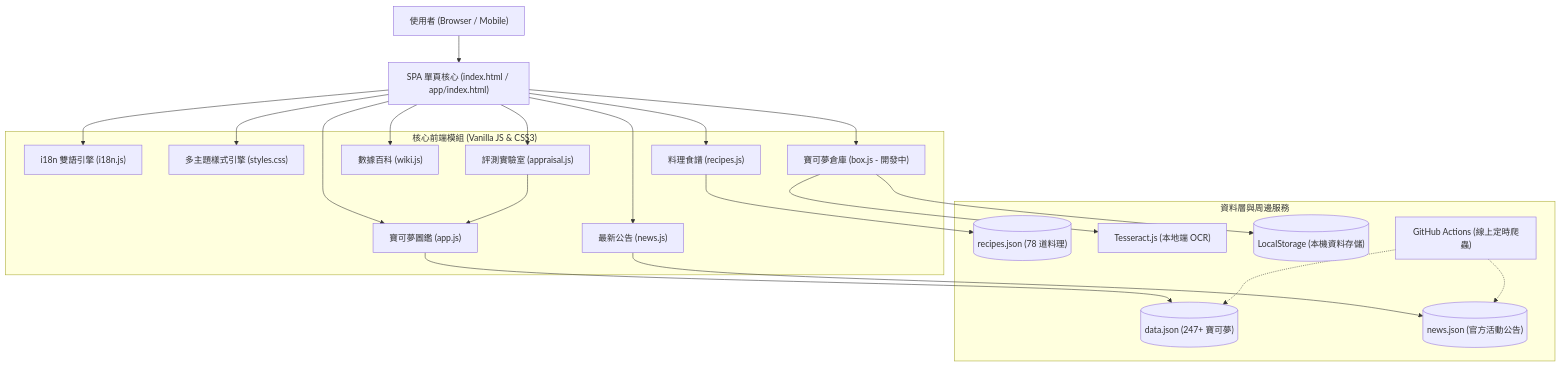
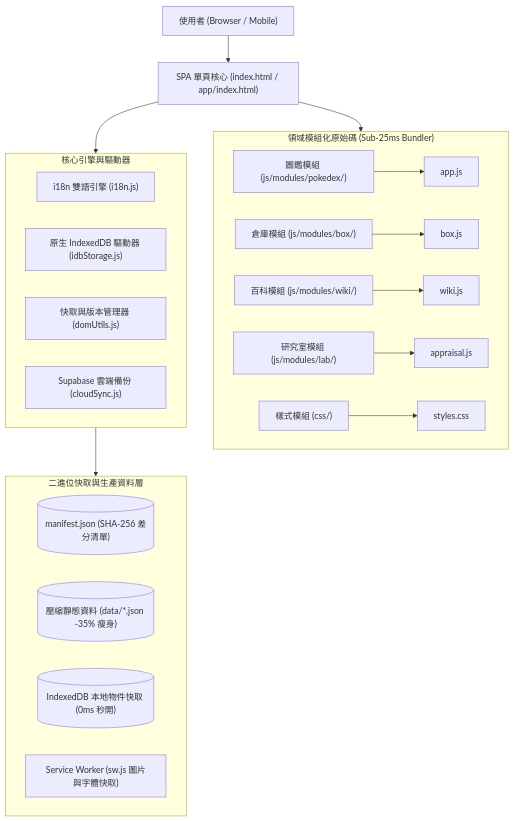
The diagram in README.md (s102213039/pokemon-sleep-app), drawn with Mermaid before and after one commit. The commit also changed other lines of this file and 2 other files, not shown here.

Commit message:
docs(maintain): add comprehensive maintenance & development guide and update architecture specs

````diff
--- a/README.md
+++ b/README.md
@@ -122,42 +122,30 @@
 ```mermaid
 graph TD
     User["使用者 (Browser / Mobile)"] --> SPA["SPA 單頁核心 (index.html / app/index.html)"]
     
-    subgraph CoreModules ["核心前端模組 (Vanilla JS & CSS3)"]
-        I18N["i18n 雙語引擎 (i18n.js)"]
-        Theme["多主題樣式引擎 (styles.css)"]
-        Dex["寶可夢圖鑑 (app.js)"]
-        Recipes["料理食譜 (recipes.js)"]
-        Wiki["數據百科 (wiki.js)"]
-        Box["寶可夢倉庫 (box.js - 開發中)"]
-        Appraisal["評測實驗室 (appraisal.js)"]
-        News["最新公告 (news.js)"]
+    subgraph ModularSource ["領域模組化原始碼 (Sub-25ms Bundler)"]
+        DexSrc["圖鑑模組 (js/modules/pokedex/)"] --> Dex["app.js"]
+        BoxSrc["倉庫模組 (js/modules/box/)"] --> Box["box.js"]
+        WikiSrc["百科模組 (js/modules/wiki/)"] --> Wiki["wiki.js"]
+        LabSrc["研究室模組 (js/modules/lab/)"] --> Lab["appraisal.js"]
+        CssSrc["樣式模組 (css/)"] --> Css["styles.css"]
     end
     
-    subgraph DataServices ["資料層與周邊服務"]
-        DataJSON[("data.json (247+ 寶可夢)")]
-        RecipesJSON[("recipes.json (78 道料理)")]
-        NewsJSON[("news.json (官方活動公告)")]
-        OCR["Tesseract.js (本地端 OCR)"]
-        LocalStorage[("LocalStorage (本機資料存儲)")]
-        GHActions["GitHub Actions (線上定時爬蟲)"]
+    subgraph CoreEngine ["核心引擎與驅動器"]
+        I18N["i18n 雙語引擎 (i18n.js)"]
+        IDB["原生 IndexedDB 驅動器 (idbStorage.js)"]
+        DCM["快取與版本管理器 (domUtils.js)"]
+        Cloud["Supabase 雲端備份 (cloudSync.js)"]
+    end
+    
+    subgraph DataServices ["二進位快取與生產資料層"]
+        Manifest[("manifest.json (SHA-256 差分清單)")]
+        MinifiedData[("壓縮靜態資料 (data/*.json -35% 瘦身)")]
+        IDBCache[("IndexedDB 本地物件快取 (0ms 秒開)")]
+        SW["Service Worker (sw.js 圖片與字體快取)"]
     end
 
-    SPA --> I18N
-    SPA --> Theme
-    SPA --> Dex
-    SPA --> Recipes
-    SPA --> Wiki
-    SPA --> Box
-    SPA --> Appraisal
-    SPA --> News
-
-    Dex --> DataJSON
-    Recipes --> RecipesJSON
-    News --> NewsJSON
-    Box --> OCR
-    Box --> LocalStorage
-    Appraisal --> Dex
-    GHActions -.-> DataJSON
-    GHActions -.-> NewsJSON
+    SPA --> ModularSource
+    SPA --> CoreEngine
+    CoreEngine --> DataServices
 ```
````
